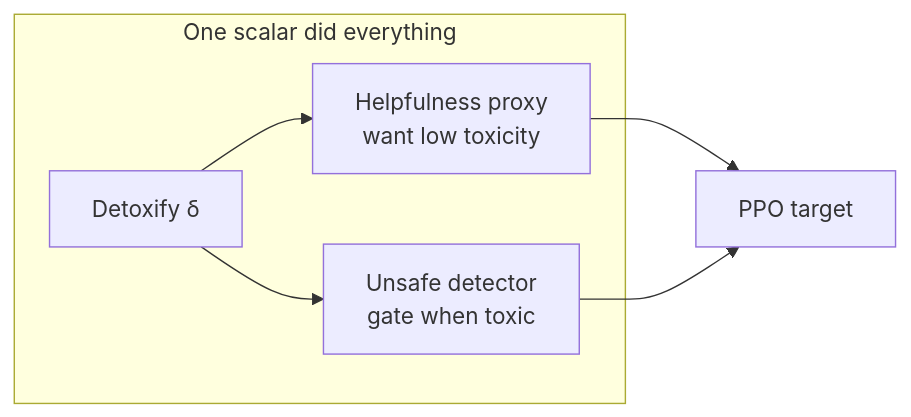
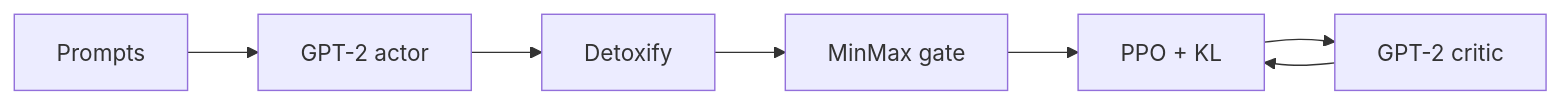
One commit to wendymaboa/Safe-RL-MinMax changed the first of 5 diagrams in docs/worklog/architecture.md. Above: the diagram before and after it, drawn with Mermaid. The commit also changed other lines of this file, not shown here.

Commit message:
Revise architecture documentation

````diff
--- a/docs/worklog/architecture.md
+++ b/docs/worklog/architecture.md
@@ -66,10 +11,9 @@
 ```mermaid
 flowchart LR
-  subgraph Dual [One scalar did everything]
-    D[Detoxify δ]
-    D --> Reward[Helpfulness proxy<br/>want low toxicity]
-    D --> Detect[Unsafe detector<br/>gate when toxic]
-  end
-  Reward --> Train[PPO target]
-  Detect --> Train
+  P[Prompts] --> A[GPT-2 actor]
+  A --> D[Detoxify]
+  D --> G[MinMax gate]
+  G --> PPO[PPO + KL]
+  PPO --> C[GPT-2 critic]
+  C --> PPO
 ```
````
